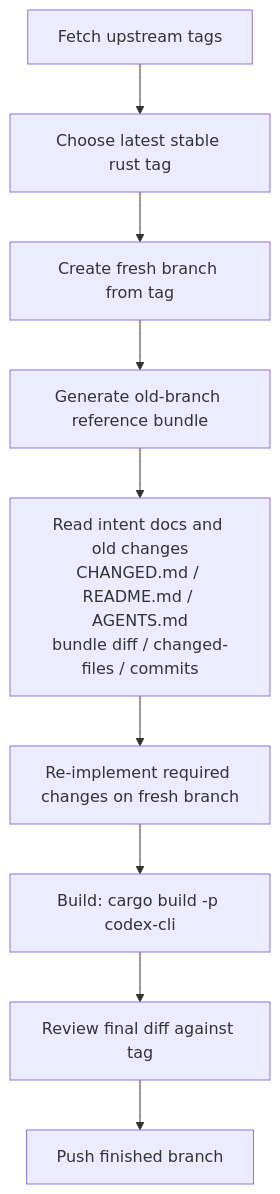
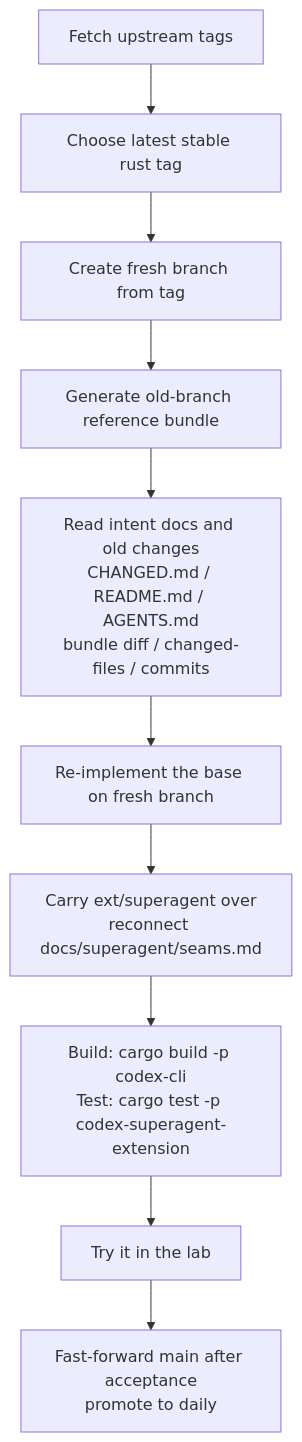
The diagram in README.md (jiaqiwang969/codext), drawn with Mermaid before and after one commit. The commit also changed other lines of this file and 14 other files, not shown here.

First line of the commit message:
docs: make the Superagent Router part of main

````diff
--- a/README.md
+++ b/README.md
@@ -118,11 +124,12 @@
 ```mermaid
 flowchart TD
       A[Fetch upstream tags] --> B[Choose latest stable rust tag]
       B --> C[Create fresh branch from tag]
       C --> D[Generate old-branch reference bundle]
       D --> E[Read intent docs and old changes<br/>CHANGED.md / README.md / AGENTS.md<br/>bundle diff / changed-files / commits]
-      E --> F[Re-implement required changes on fresh branch]
-      F --> G[Build: cargo build -p codex-cli]
-      G --> H[Review final diff against tag]
-      H --> I[Push finished branch]
+      E --> F[Re-implement the base on fresh branch]
+      F --> G[Carry ext/superagent over<br/>reconnect docs/superagent/seams.md]
+      G --> H[Build: cargo build -p codex-cli<br/>Test: cargo test -p codex-superagent-extension]
+      H --> I[Try it in the lab]
+      I --> J[Fast-forward main after acceptance<br/>promote to daily]
 ```
````
